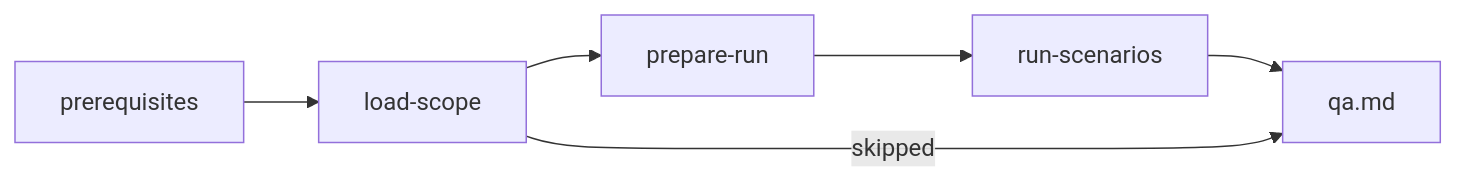
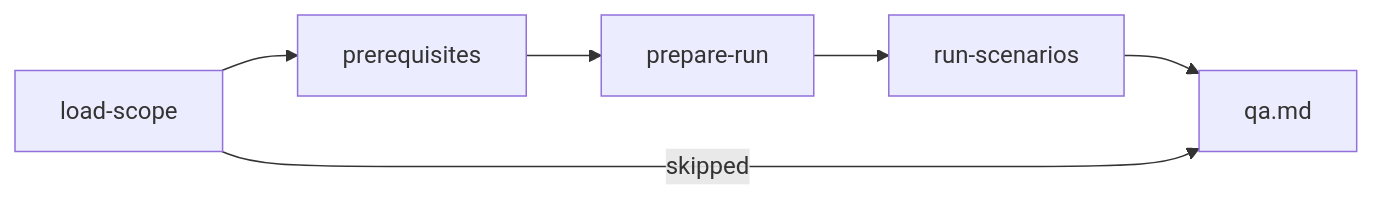
Before and after one commit to ai-driven-dev/framework: the diagram in plugins/aidd-qa/skills/01-acceptance-qa/SKILL.md, drawn with Mermaid. The commit also changed other lines of this file and 7 other files, not shown here.

First line of the commit message:
fix(aidd-qa): guard resets and tighten scope order after a real run

````diff
--- a/plugins/aidd-qa/skills/01-acceptance-qa/SKILL.md
+++ b/plugins/aidd-qa/skills/01-acceptance-qa/SKILL.md
@@ -9,5 +9,5 @@
 ```mermaid
 flowchart LR
-  prerequisites["prerequisites"] --> scope["load-scope"] --> prepare["prepare-run"] --> run["run-scenarios"] --> report["qa.md"]
+  scope["load-scope"] --> prerequisites["prerequisites"] --> prepare["prepare-run"] --> run["run-scenarios"] --> report["qa.md"]
   scope -- skipped --> report
 ```
````
